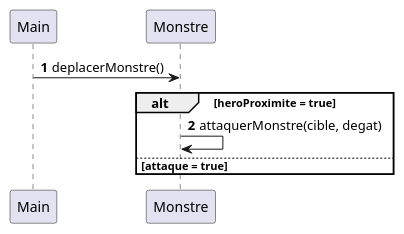
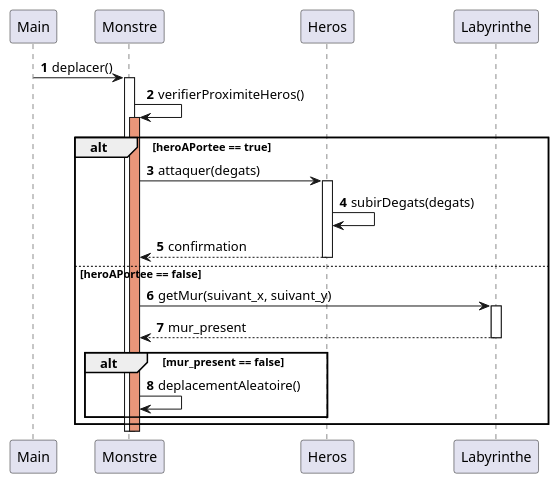
The diagram in documents/version_3/DS_AttaqueDesMonstres.puml (crochetremi/2025_Zeldiablo2_e20157u_e82008u_e89209u_e26078u), drawn with PlantUML before and after one commit.

Commit message:
DS_AttaqueMonstre, proposition d'implémentation

```diff
--- a/documents/version_3/DS_AttaqueDesMonstres.puml
+++ b/documents/version_3/DS_AttaqueDesMonstres.puml
@@ -1,16 +1,38 @@
 @startuml
 'https://plantuml.com/sequence-diagram
 
 autonumber
 
-Main -> Monstre: deplacerMonstre()
-alt heroProximite = true
-Monstre -> Monstre : attaquerMonstre(cible, degat)
+participant "Main" as main
+participant "Monstre" as monstre
+participant "Heros" as heros
+participant "Labyrinthe" as laby
 
-else attaque = true
+main -> monstre: deplacer()
+activate monstre
 
+monstre -> monstre: verifierProximiteHeros()
+activate monstre #DarkSalmon
+
+alt heroAPortee == true
+    monstre -> heros: attaquer(degats)
+    activate heros
+    heros -> heros: subirDegats(degats)
+    heros --> monstre: confirmation
+    deactivate heros
+
+else heroAPortee == false
+    monstre -> laby: getMur(suivant_x, suivant_y)
+    activate laby
+    laby --> monstre: mur_present
+    deactivate laby
+
+    alt mur_present == false
+        monstre -> monstre: deplacementAleatoire()
+    end
 end
 
-
+deactivate monstre
+deactivate monstre
 
 @enduml
```
